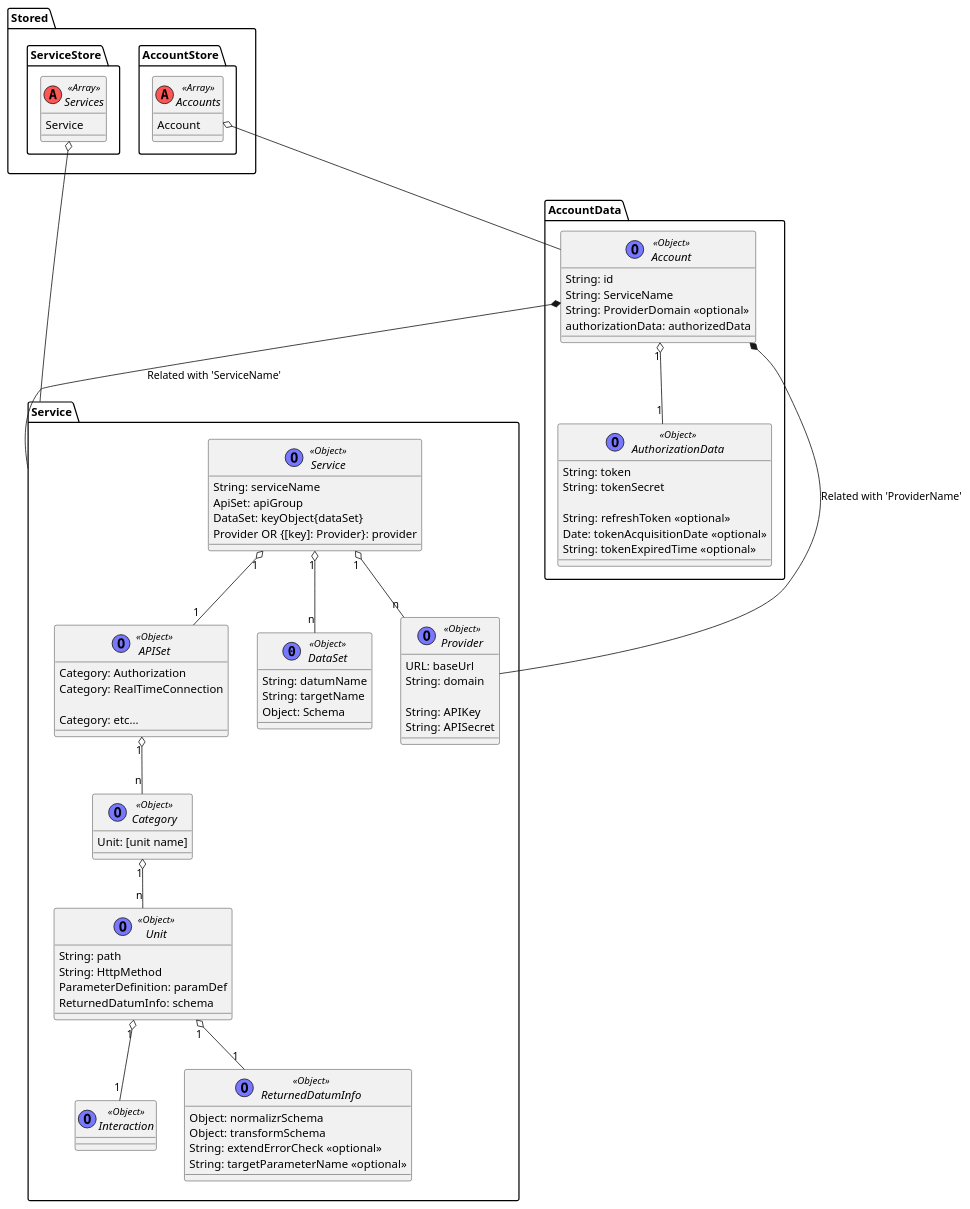
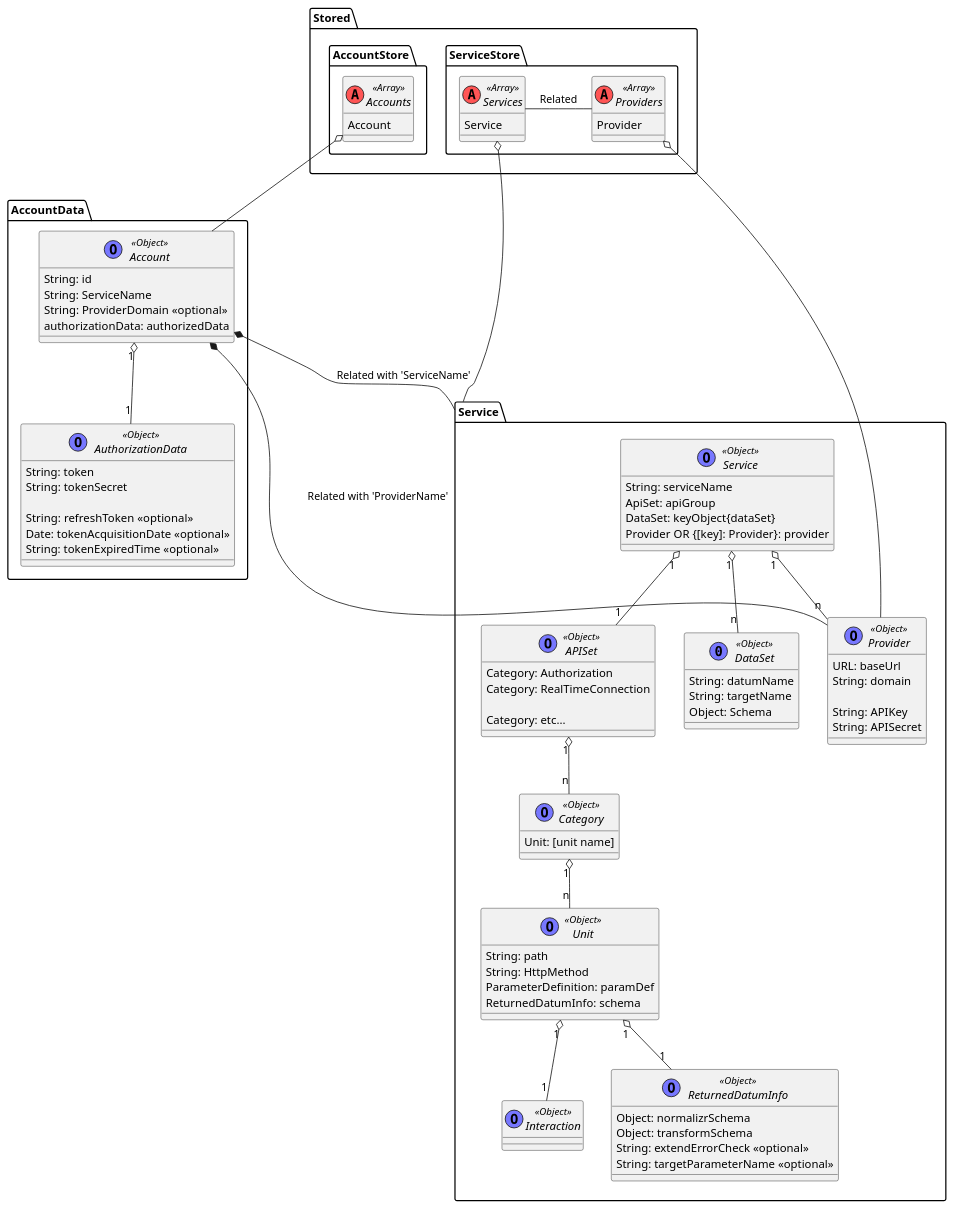
The diagram in blueprint/StoredObject.puml (origamium/Tenpest-Core), drawn with PlantUML before and after one commit.

Commit message:
StoredObjectのProviderのあり方を変更

```diff
--- a/blueprint/StoredObject.puml
+++ b/blueprint/StoredObject.puml
@@ -1,104 +1,109 @@
 @startuml
 
 package Stored{
     package AccountStore{
         interface Accounts <<(A,#FF5555) Array>>{
             Account
         }
     }
 
     package ServiceStore{
         interface Services <<(A,#FF5555) Array>>{
             Service
+        }
+        interface Providers <<(A,#FF5555) Array>>{
+            Provider
         }
     }
 }
 
 package "AccountData" {
     interface Account<<(O,#7777FF)Object>>{
         String: id
         String: ServiceName
         String: ProviderDomain <<optional>>
         authorizationData: authorizedData
     }
 
     interface AuthorizationData<<(O,#7777FF)Object>>{
         String: token
         String: tokenSecret
 
         String: refreshToken <<optional>>
         Date: tokenAcquisitionDate <<optional>>
         String: tokenExpiredTime <<optional>>
     }
 
     Account "1" o-- "1" AuthorizationData
 }
 
 package "Service" {
     interface Service<<(O,#7777FF)Object>>{
         String: serviceName
         ApiSet: apiGroup
         DataSet: keyObject{dataSet}
         Provider OR {[key]: Provider}: provider
     }
 
     interface Provider<<(O,#7777FF)Object>>{
         URL: baseUrl
         String: domain
 
         String: APIKey
         String: APISecret
     }
 
     interface APISet<<(O,#7777FF)Object>>{
         Category: Authorization
         Category: RealTimeConnection
 
         Category: etc...
     }
 
     interface DataSet<<(0, #7777FF)Object>>{
         String: datumName
         String: targetName
         Object: Schema
     }
 
     interface Category<<(O,#7777FF)Object>>{
         Unit: [unit name]
     }
 
     interface Unit<<(O,#7777FF)Object>>{
         String: path
         String: HttpMethod
         ParameterDefinition: paramDef
         ReturnedDatumInfo: schema
     }
 
     interface Interaction<<(O,#7777FF)Object>>{
 
     }
 
     interface ReturnedDatumInfo<<(O,#7777FF)Object>>{
         Object: normalizrSchema
         Object: transformSchema
         String: extendErrorCheck <<optional>>
         String: targetParameterName <<optional>>
     }
 
 
     Service "1" o-- "n" Provider
     Service "1" o-- "n" DataSet
     Service "1" o-- "1" APISet
     APISet "1" o-- "n" Category
     Category "1"  o-- "n" Unit
     Unit "1" o-- "1" ReturnedDatumInfo
     Unit "1" o-- "1" Interaction
 }
 
 Account *-- Service : Related with 'ServiceName'
 Account *-- Provider : Related with 'ProviderName'
 
 Accounts o-- Account
 Services o-- Service
+Providers o-- Provider
+Services - Providers : Related
 
 @enduml
```
